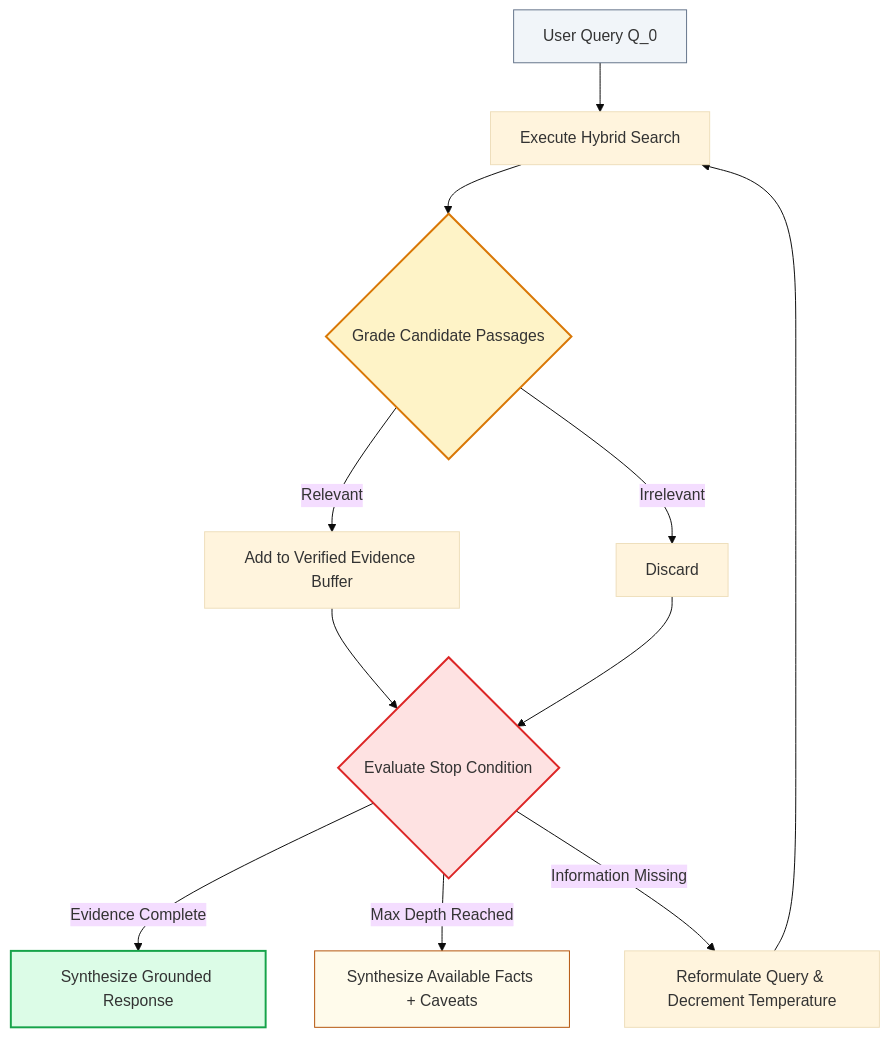
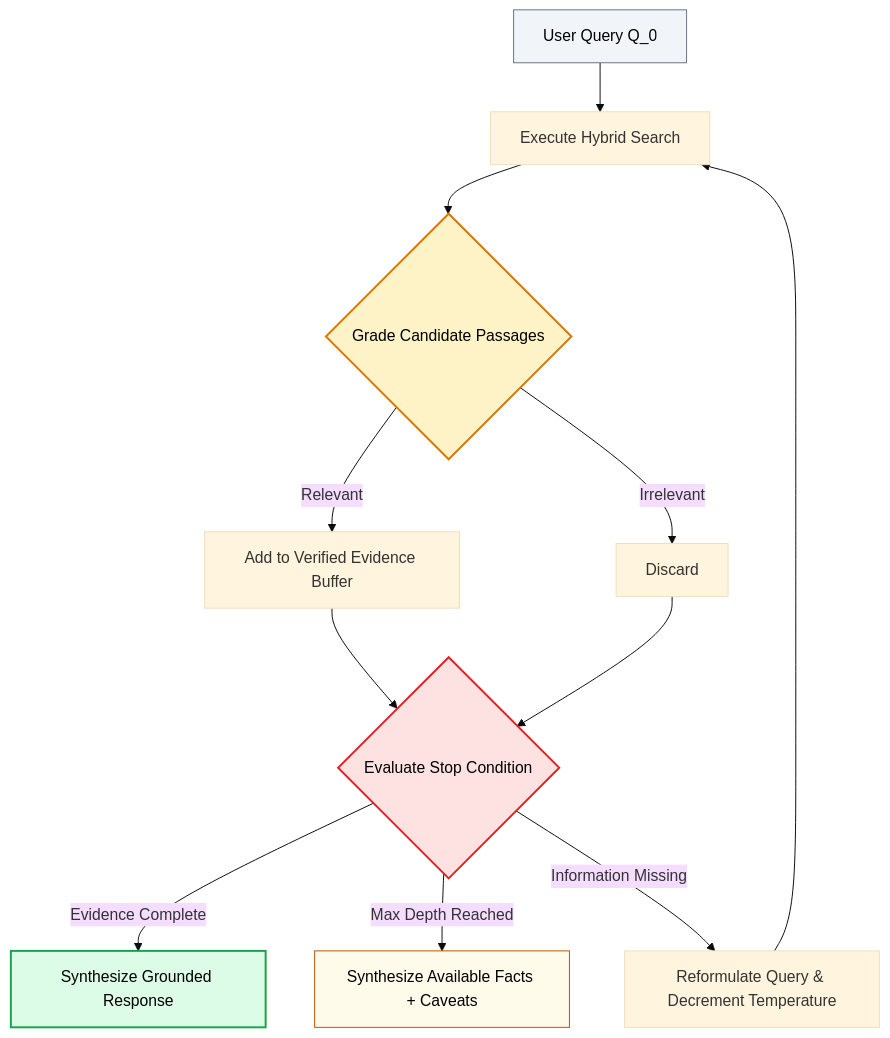
Before and after one commit to swapnil3104/RAG-Engineering: the fifth of 5 diagrams in 07-Agentic-RAG/Agentic-Retrieval.md, drawn with Mermaid (base theme). The commit also changed other lines of this file and 108 other files, not shown here.

Commit message:
fix: make chart text visible across all Mermaid diagrams and resolve markdown table formatting issues

````diff
--- a/07-Agentic-RAG/Agentic-Retrieval.md
+++ b/07-Agentic-RAG/Agentic-Retrieval.md
@@ -541,23 +541,23 @@
 ```mermaid
 flowchart TD
     Start[User Query Q_0] --> Retrieve[Execute Hybrid Search]
     Retrieve --> Grade{Grade Candidate Passages}
     
     Grade -->|Relevant| Keep[Add to Verified Evidence Buffer]
     Grade -->|Irrelevant| Drop[Discard]
     
     Keep --> StopEval{Evaluate Stop Condition}
     Drop --> StopEval
     
     StopEval -->|Evidence Complete| Synth[Synthesize Grounded Response]
     StopEval -->|Max Depth Reached| PartialSynth[Synthesize Available Facts + Caveats]
     StopEval -->|Information Missing| Reform[Reformulate Query & Decrement Temperature]
     
     Reform --> Retrieve
 
-    style Start fill:#f1f5f9,stroke:#64748b,stroke-width:1px
-    style Grade fill:#fef3c7,stroke:#d97706,stroke-width:2px
-    style StopEval fill:#fee2e2,stroke:#dc2626,stroke-width:2px
-    style Synth fill:#dcfce7,stroke:#16a34a,stroke-width:2px
-    style PartialSynth fill:#fffbeb,stroke:#b45309,stroke-width:1px
+    style Start fill:#f1f5f9,stroke:#64748b,stroke-width:1px,color:#000000
+    style Grade fill:#fef3c7,stroke:#d97706,stroke-width:2px,color:#000000
+    style StopEval fill:#fee2e2,stroke:#dc2626,stroke-width:2px,color:#000000
+    style Synth fill:#dcfce7,stroke:#16a34a,stroke-width:2px,color:#000000
+    style PartialSynth fill:#fffbeb,stroke:#b45309,stroke-width:1px,color:#000000
 ```
````
